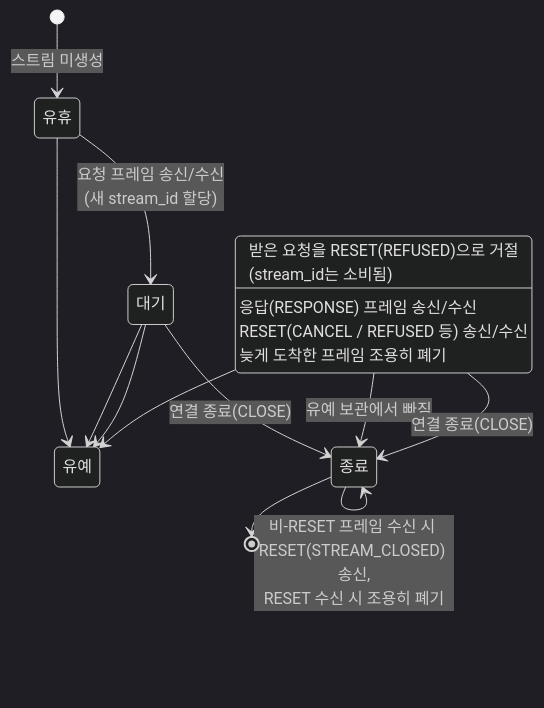
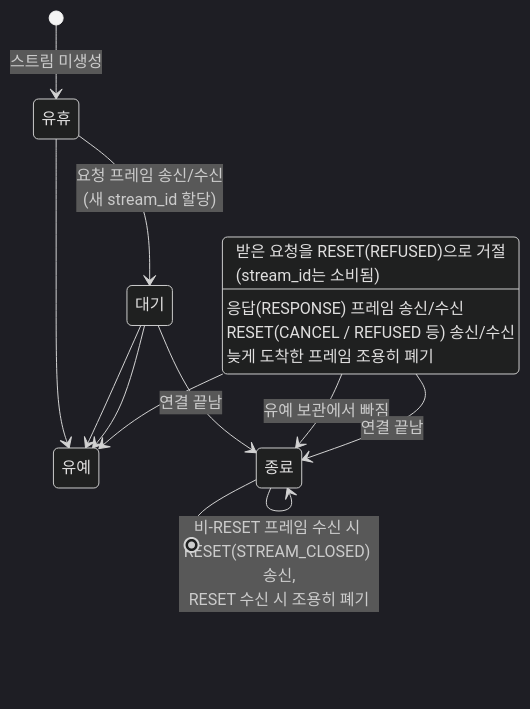
The third of 3 diagrams in docs/specification/STRAND_SPECIFICATION.md (ppzxc/strand), drawn with Mermaid (dark theme) before and after one commit. The commit also changed other lines of this file and 5 other files, not shown here.

````diff
--- a/docs/specification/STRAND_SPECIFICATION.md
+++ b/docs/specification/STRAND_SPECIFICATION.md
@@ -613,19 +613,19 @@
 ```mermaid
 stateDiagram-v2
     [*] --> 유휴 : 스트림 미생성
 
     유휴 --> 대기 : 요청 프레임 송신/수신<br/>(새 stream_id 할당)
     유휴 --> 유예 상태 : 받은 요청을 RESET(REFUSED)으로 거절<br/>(stream_id는 소비됨)
 
     대기 --> 유예 상태 : 응답(RESPONSE) 프레임 송신/수신
     대기 --> 유예 상태 : RESET(CANCEL / REFUSED 등) 송신/수신
-    대기 --> 종료 : 연결 종료(CLOSE)
+    대기 --> 종료 : 연결 끝남
 
     유예 상태 --> 유예 상태 : 늦게 도착한 프레임 조용히 폐기
     유예 상태 --> 종료 : 유예 보관에서 빠짐
-    유예 상태 --> 종료 : 연결 종료(CLOSE)
+    유예 상태 --> 종료 : 연결 끝남
 
     종료 --> 종료 : 비-RESET 프레임 수신 시 RESET(STREAM_CLOSED) 송신,<br/>RESET 수신 시 조용히 폐기
 
     종료 --> [*]
 ```
````
